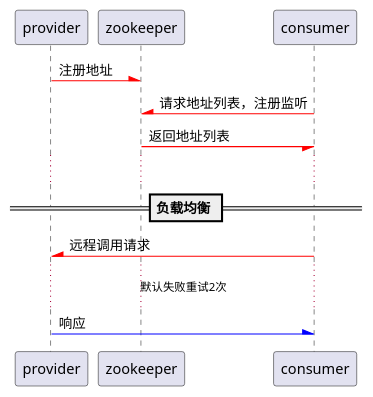
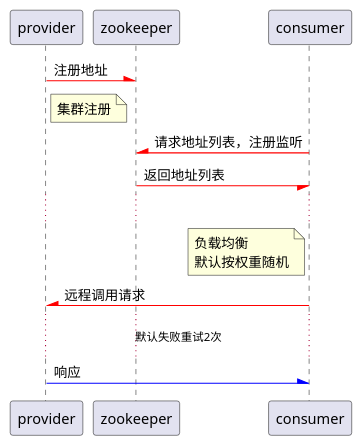
One commit to zhuliangcai/uml changed the diagram in dubbo/simple_no_zookeeper.puml. Above: the diagram before and after it, drawn with PlantUML.

Commit message:
dubbo最简单流程图uml

```diff
--- a/dubbo/simple_no_zookeeper.puml
+++ b/dubbo/simple_no_zookeeper.puml
@@ -1,19 +1,24 @@
 @startuml
 
 provider -[#red]\ zookeeper : 注册地址
-
+note right of provider
+ 集群注册
+end note
 consumer -[#red]\ zookeeper : 请求地址列表，注册监听
 
 consumer \-[#red] zookeeper : 返回地址列表
 
 ...
 
-== 负载均衡 ==
+note left of consumer
+ 负载均衡
+ 默认按权重随机
+end note
 
 consumer -[#red]\ provider : 远程调用请求
 
 ... 默认失败重试2次 ...
 
 consumer /[#blue]- provider : 响应
 
 @enduml
```
